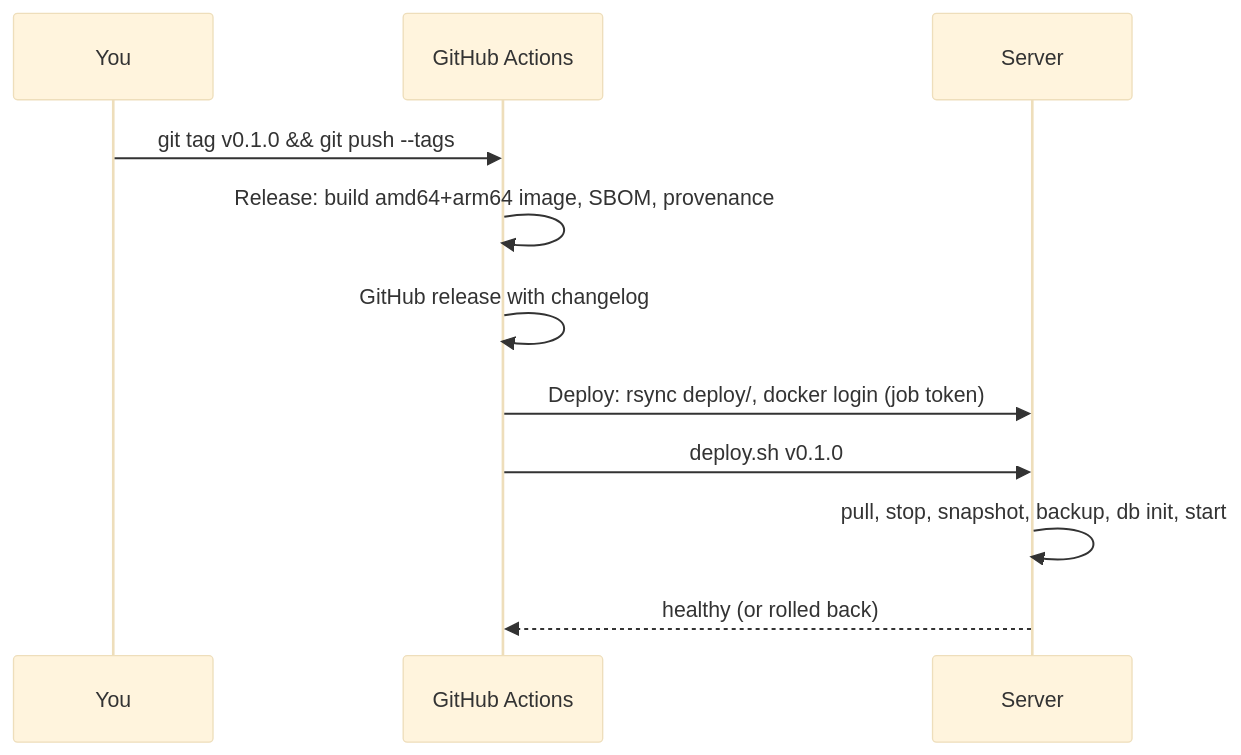
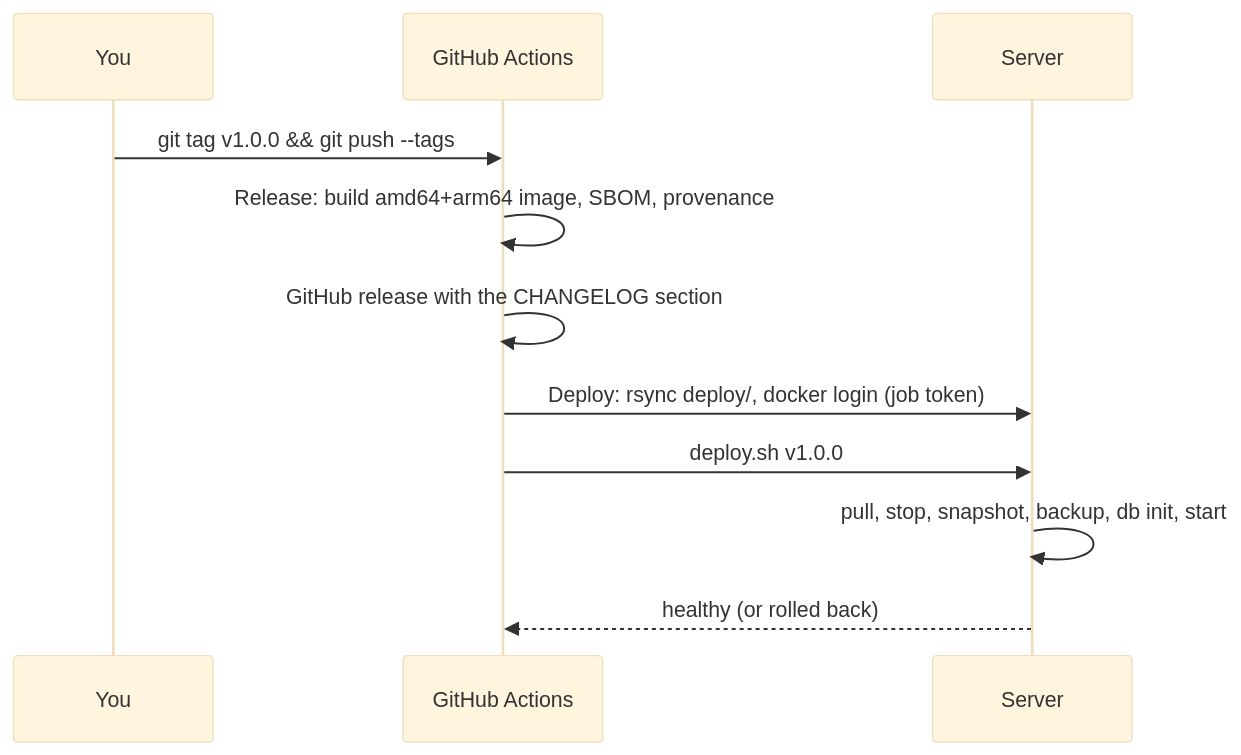
Before and after one commit to sleousis/Stonks: the second of 6 diagrams in docs/deploy.md, drawn with Mermaid (base theme). The commit also changed other lines of this file and 27 other files, not shown here.

First line of the commit message:
Release 1.0 preparation: version, changelog, docs pass (#26)

````diff
--- a/docs/deploy.md
+++ b/docs/deploy.md
@@ -181,13 +181,13 @@
 ```mermaid
 sequenceDiagram
   participant You
   participant GH as GitHub Actions
   participant VM as Server
-  You->>GH: git tag v0.1.0 && git push --tags
+  You->>GH: git tag v1.0.0 && git push --tags
   GH->>GH: Release: build amd64+arm64 image, SBOM, provenance
-  GH->>GH: GitHub release with changelog
+  GH->>GH: GitHub release with the CHANGELOG section
   GH->>VM: Deploy: rsync deploy/, docker login (job token)
-  GH->>VM: deploy.sh v0.1.0
+  GH->>VM: deploy.sh v1.0.0
   VM->>VM: pull, stop, snapshot, backup, db init, start
   VM-->>GH: healthy (or rolled back)
 ```
````
